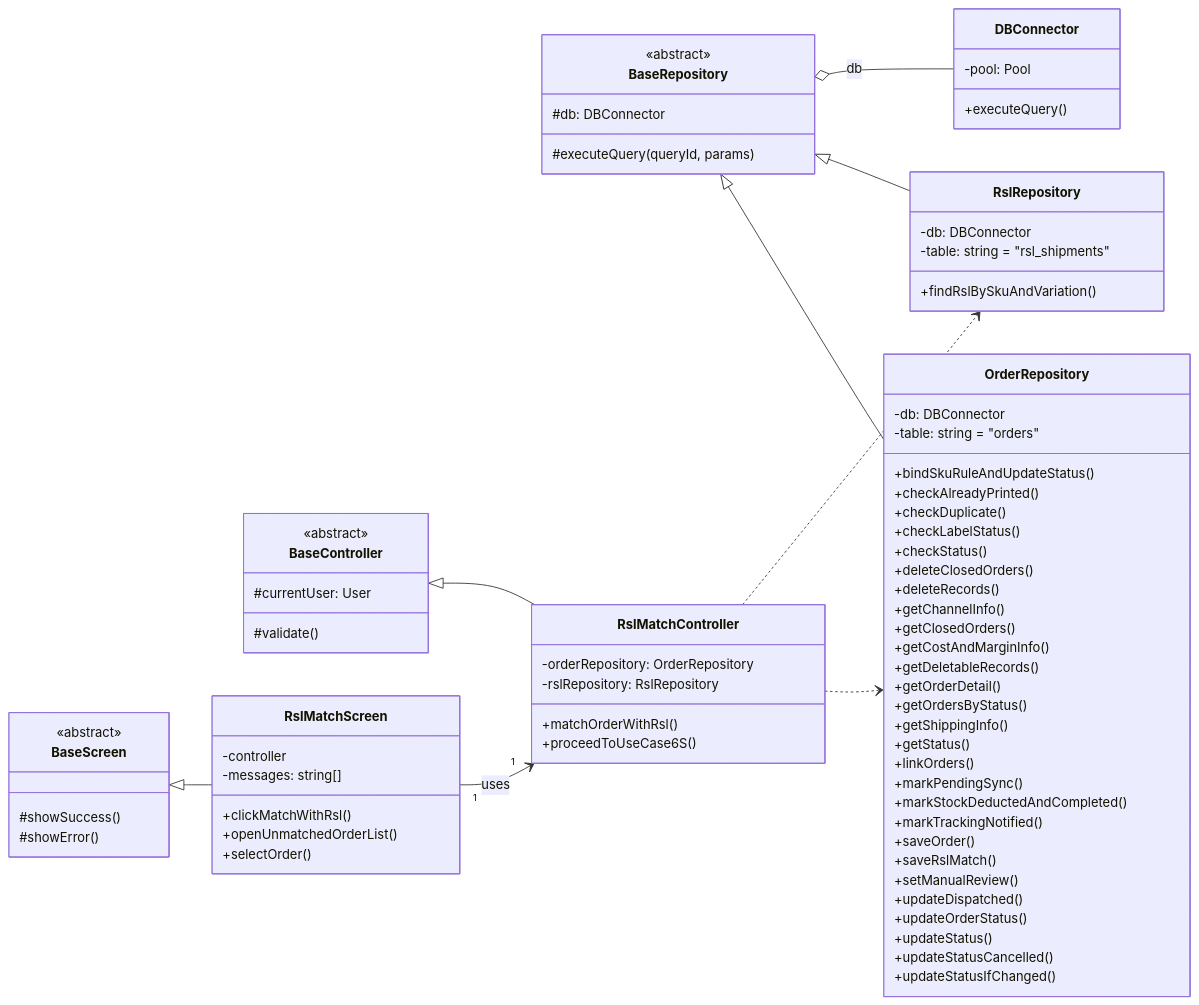
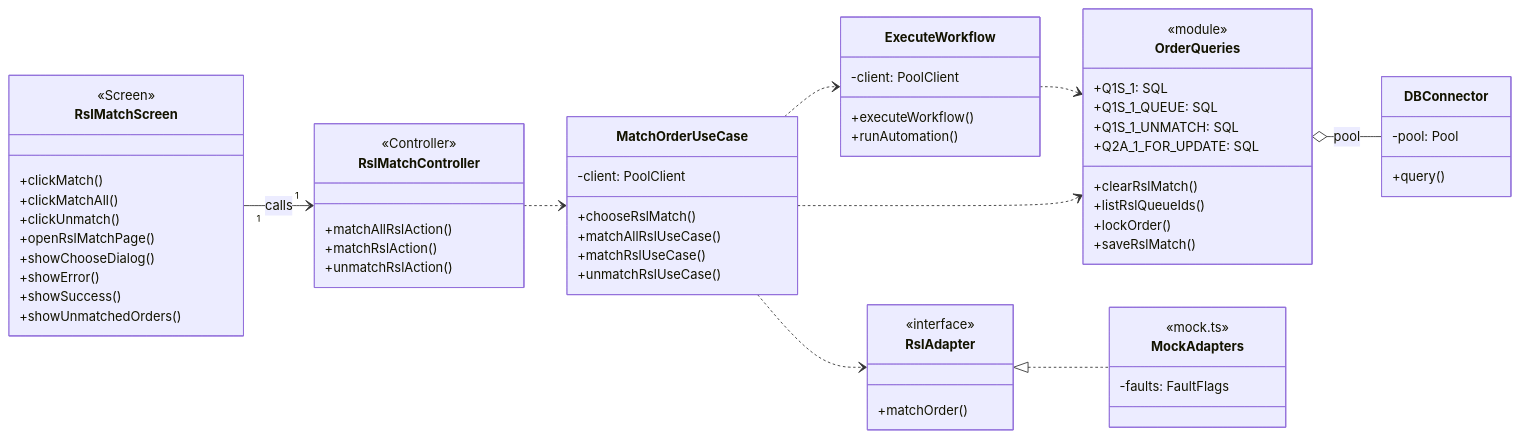
The diagram in 04-chapter2-diagrams-database/diagrams/src/class-9.mmd (xbpkdi/321-sa-proj), drawn with Mermaid before and after one commit. The commit also changed 125 other files, not shown here.

Commit message:
docs: update er, class and state diagrams with sql data

```diff
--- a/04-chapter2-diagrams-database/diagrams/src/class-9.mmd
+++ b/04-chapter2-diagrams-database/diagrams/src/class-9.mmd
@@ -1,79 +1,63 @@
 %%{init: {'class': {'hideEmptyMembersBox': true}, 'themeVariables': {'fontSize': '15px'}}}%%
 classDiagram
     direction LR
-    class BaseScreen {
-        <<abstract>>
-        #showSuccess()
-        #showError()
-    }
-    class BaseController {
-        <<abstract>>
-        #currentUser: User
-        #validate()
-    }
-    class BaseRepository {
-        <<abstract>>
-        #db: DBConnector
-        #executeQuery(queryId, params)
-    }
     class RslMatchScreen {
-        -controller
-        -messages: string[]
-        +clickMatchWithRsl()
-        +openUnmatchedOrderList()
-        +selectOrder()
+        <<Screen>>
+        +clickMatch()
+        +clickMatchAll()
+        +clickUnmatch()
+        +openRslMatchPage()
+        +showChooseDialog()
+        +showError()
+        +showSuccess()
+        +showUnmatchedOrders()
     }
     class RslMatchController {
-        -orderRepository: OrderRepository
-        -rslRepository: RslRepository
-        +matchOrderWithRsl()
-        +proceedToUseCase6S()
+        <<Controller>>
+        +matchAllRslAction()
+        +matchRslAction()
+        +unmatchRslAction()
     }
-    class OrderRepository {
-        -db: DBConnector
-        -table: string = "orders"
-        +bindSkuRuleAndUpdateStatus()
-        +checkAlreadyPrinted()
-        +checkDuplicate()
-        +checkLabelStatus()
-        +checkStatus()
-        +deleteClosedOrders()
-        +deleteRecords()
-        +getChannelInfo()
-        +getClosedOrders()
-        +getCostAndMarginInfo()
-        +getDeletableRecords()
-        +getOrderDetail()
-        +getOrdersByStatus()
-        +getShippingInfo()
-        +getStatus()
-        +linkOrders()
-        +markPendingSync()
-        +markStockDeductedAndCompleted()
-        +markTrackingNotified()
-        +saveOrder()
+    class ExecuteWorkflow {
+        -client: PoolClient
+        +executeWorkflow()
+        +runAutomation()
+    }
+    class MatchOrderUseCase {
+        -client: PoolClient
+        +chooseRslMatch()
+        +matchAllRslUseCase()
+        +matchRslUseCase()
+        +unmatchRslUseCase()
+    }
+    class OrderQueries {
+        <<module>>
+        +Q1S_1: SQL
+        +Q1S_1_QUEUE: SQL
+        +Q1S_1_UNMATCH: SQL
+        +Q2A_1_FOR_UPDATE: SQL
+        +clearRslMatch()
+        +listRslQueueIds()
+        +lockOrder()
         +saveRslMatch()
-        +setManualReview()
-        +updateDispatched()
-        +updateOrderStatus()
-        +updateStatus()
-        +updateStatusCancelled()
-        +updateStatusIfChanged()
-    }
-    class RslRepository {
-        -db: DBConnector
-        -table: string = "rsl_shipments"
-        +findRslBySkuAndVariation()
     }
     class DBConnector {
         -pool: Pool
-        +executeQuery()
+        +query()
     }
-    BaseScreen <|-- RslMatchScreen
-    BaseController <|-- RslMatchController
-    BaseRepository <|-- OrderRepository
-    BaseRepository <|-- RslRepository
-    BaseRepository o-- DBConnector : db
-    RslMatchScreen "1" --> "1" RslMatchController : uses
-    RslMatchController ..> OrderRepository
-    RslMatchController ..> RslRepository
+    class RslAdapter {
+        <<interface>>
+        +matchOrder()
+    }
+    class MockAdapters {
+        <<mock.ts>>
+        -faults: FaultFlags
+    }
+    RslMatchScreen "1" --> "1" RslMatchController : calls
+    RslMatchController ..> MatchOrderUseCase
+    ExecuteWorkflow ..> OrderQueries
+    MatchOrderUseCase ..> ExecuteWorkflow
+    MatchOrderUseCase ..> OrderQueries
+    MatchOrderUseCase ..> RslAdapter
+    OrderQueries o-- DBConnector : pool
+    RslAdapter <|.. MockAdapters
```
